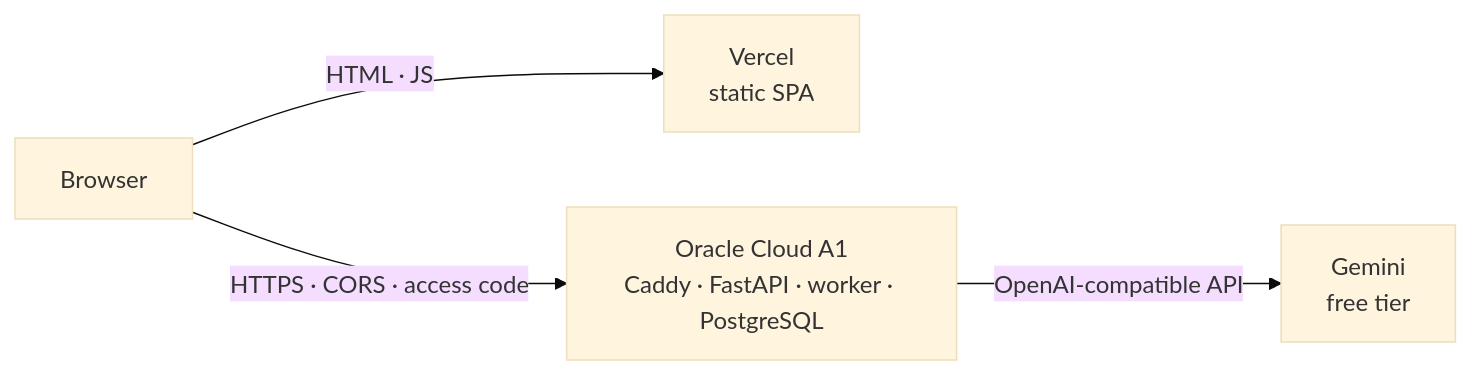
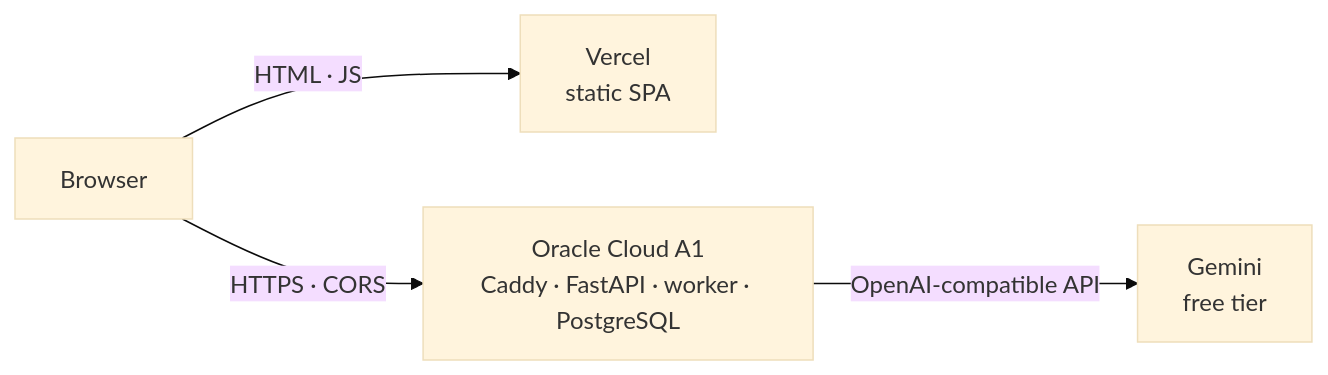
The first of 2 diagrams in README.md (muditagrawal-alt/VLM_Business_Card_Lead_Extraction), drawn with Mermaid (base theme) before and after one commit. The commit also changed other lines of this file, not shown here.

````diff
--- a/README.md
+++ b/README.md
@@ -73,6 +73,6 @@
 ```mermaid
 flowchart LR
     B[Browser] -- "HTML · JS" --> V["Vercel<br/>static SPA"]
-    B -- "HTTPS · CORS · access code" --> C["Oracle Cloud A1<br/>Caddy · FastAPI · worker · PostgreSQL"]
+    B -- "HTTPS · CORS" --> C["Oracle Cloud A1<br/>Caddy · FastAPI · worker · PostgreSQL"]
     C -- "OpenAI-compatible API" --> G["Gemini<br/>free tier"]
 ```
````
